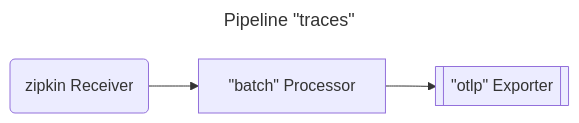
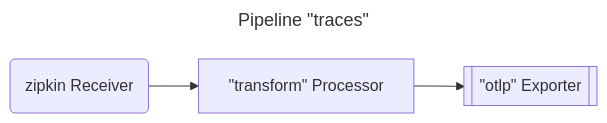
One commit to open-telemetry/opentelemetry.io changed the fourth of 7 diagrams in content/en/docs/collector/architecture.md. Above: the diagram before and after it, drawn with Mermaid. The commit also changed other lines of this file and 11 other files, not shown here.

Commit message:
[content/en/docs] Remove references to the batch processor

````diff
--- a/content/en/docs/collector/architecture.md
+++ b/content/en/docs/collector/architecture.md
@@ -238,8 +241,8 @@
 ```mermaid
 ---
 title: Pipeline "traces"
 ---
 flowchart LR
-  R1("`zipkin Receiver`") --> P1["`#quot;batch#quot; Processor`"]
+  R1("`zipkin Receiver`") --> P1["`#quot;transform#quot; Processor`"]
   P1 --> E1[["`#quot;otlp#quot; Exporter`"]]
 ```
````
